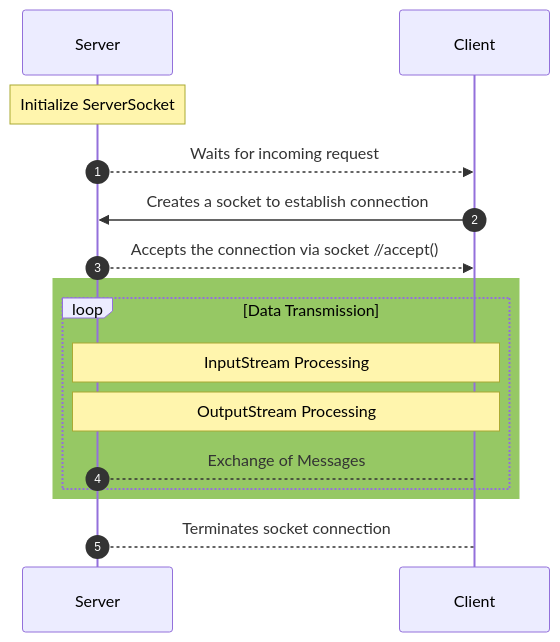
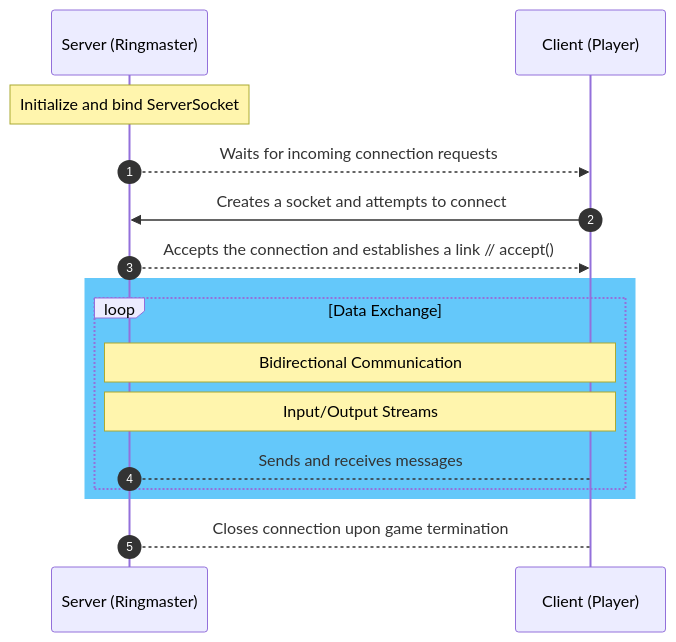
One commit to jinshuyi/Hot_Potato_Game changed the diagram in README.md. Above: the diagram before and after it, drawn with Mermaid.

````diff
--- a/README.md
+++ b/README.md
@@ -4,18 +4,19 @@
 ```mermaid
 sequenceDiagram
-    participant S as Server
-    participant C as Client
+    participant S as Server (Ringmaster)
+    participant C as Client (Player)
     autonumber
-    Note over S: Initialize ServerSocket
-    S-->>C: Waits for incoming request
-    C->>S: Creates a socket to establish connection
-    S-->>C: Accepts the connection via socket //accept()
-    rect rgb(150, 200, 100)
-    loop Data Transmission
-        Note over S,C: InputStream Processing
-        Note over S,C: OutputStream Processing
-        S-->C: Exchange of Messages
+    Note over S: Initialize and bind ServerSocket
+    S-->>C: Waits for incoming connection requests
+    C->>S: Creates a socket and attempts to connect
+    S-->>C: Accepts the connection and establishes a link // accept()
+    rect rgb(100, 200, 250)
+    loop Data Exchange
+        Note over S,C: Bidirectional Communication
+        Note over S,C: Input/Output Streams
+        S-->C: Sends and receives messages
     end
     end
-    S-->C: Terminates socket connection
+    S-->C: Closes connection upon game termination
+
 ```
````
